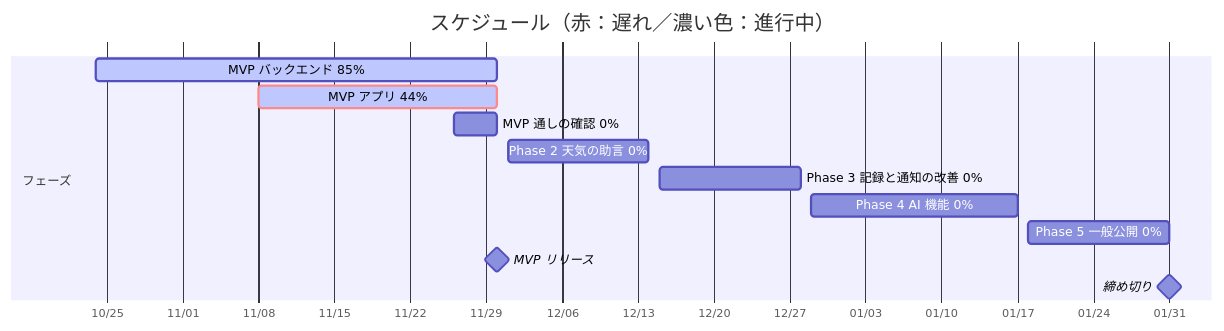
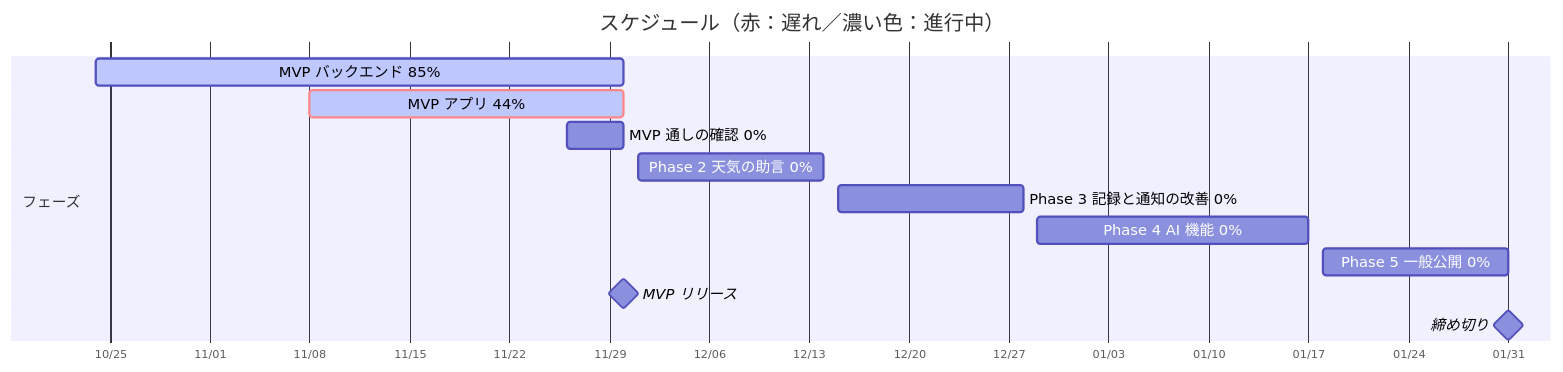
The diagram in README.md (ch00z00/uchinokusa), drawn with Mermaid before and after one commit. The commit also changed 1 other file, not shown here.

Commit message:
docs: README の進捗のガントチャートを横に広げる

````diff
--- a/README.md
+++ b/README.md
@@ -26,16 +26,17 @@
 ```mermaid
+%%{init: {"gantt": {"useWidth": 1400, "useMaxWidth": false, "barHeight": 24, "fontSize": 13, "sectionFontSize": 13}}}%%
 gantt
     title スケジュール（赤：遅れ／濃い色：進行中）
     dateFormat YYYY-MM-DD
     axisFormat %m/%d
     section フェーズ
     MVP バックエンド 85% :active, backend, 2026-10-24, 2026-11-30
     MVP アプリ 44% :crit, active, app, 2026-11-08, 2026-11-30
     MVP 通しの確認 0% :e2e, 2026-11-26, 2026-11-30
     Phase 2 天気の助言 0% :p2, 2026-12-01, 2026-12-14
     Phase 3 記録と通知の改善 0% :p3, 2026-12-15, 2026-12-28
     Phase 4 AI 機能 0% :p4, 2026-12-29, 2027-01-17
     Phase 5 一般公開 0% :p5, 2027-01-18, 2027-01-31
     MVP リリース :milestone, m0, 2026-11-30, 0d
     締め切り :milestone, deadline, 2027-01-31, 0d
 ```
````
